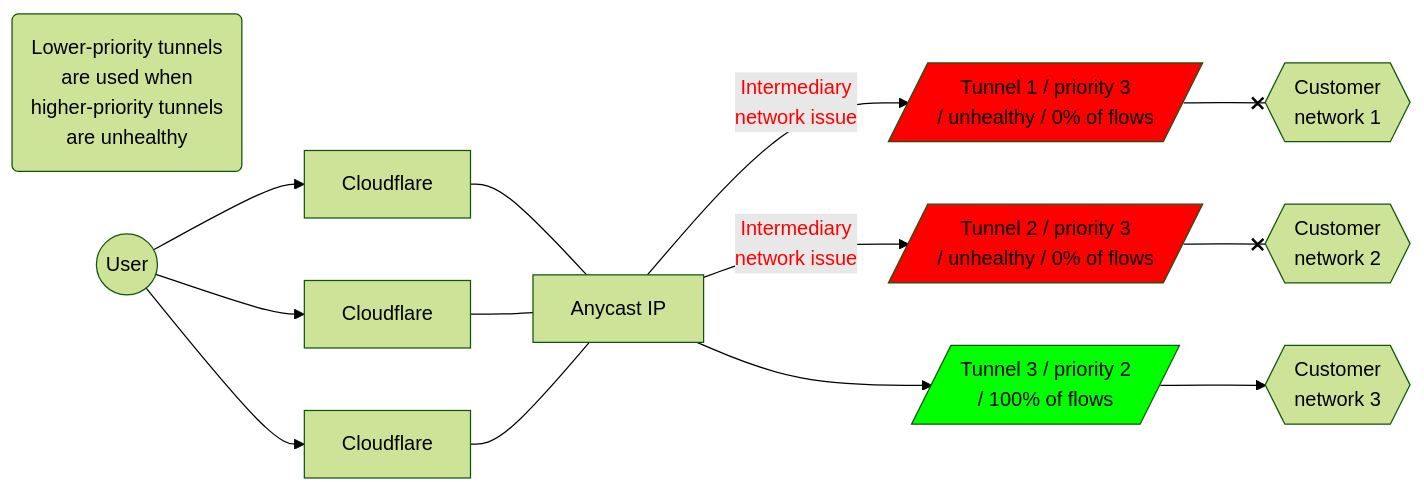
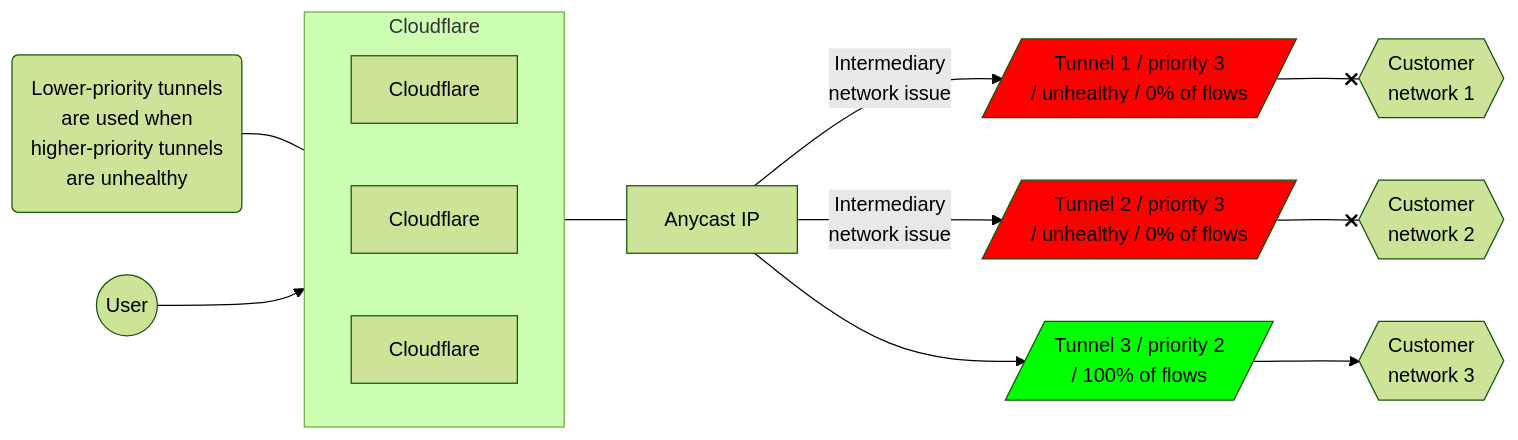
The fourth of 4 diagrams in content/magic-wan/reference/traffic-steering.md (cloudflare/cloudflare-docs), drawn with Mermaid (forest theme) before and after one commit. The commit also changed other lines of this file, not shown here.

Commit message:
corrected charts

````diff
--- a/content/magic-wan/reference/traffic-steering.md
+++ b/content/magic-wan/reference/traffic-steering.md
@@ -93,14 +120,22 @@
 ```mermaid
 flowchart LR
 accTitle: Tunnels diagram
 accDescr: This example has Tunnel 1 and 2 unhealthy, and all traffic prioritized to Tunnel 3.
+
+subgraph Cloudflare
+direction LR
+B[Cloudflare]
+C[Cloudflare]
+D[Cloudflare]
+end
+
+Z(Lower-priority tunnels <br> are used when <br> higher-priority tunnels <br> are unhealthy) --- Cloudflare
+A((User)) --> Cloudflare --- E[Anycast IP]
+E[Anycast IP]  -- Intermediary <br> network issue -->  F[/Tunnel 1 / priority 3 <br> / unhealthy / 0% of flows/]:::red --x I{{Customer <br> network 1}}
+E[Anycast IP]  -- Intermediary <br> network issue -->  G[/Tunnel 2 / priority 3 <br> / unhealthy / 0% of flows/]:::red --x J{{Customer <br> network 2}}
+E[Anycast IP] -->  H[/Tunnel 3 / priority 2 <br> / 100% of flows/]:::green --> K{{Customer <br> network 3}}
 classDef red fill:#FF0000
 classDef green fill:#00FF00
-D(Lower-priority tunnels <br> are used when <br> higher-priority tunnels <br> are unhealthy)
-A((User)) --> B[Cloudflare] & x[Cloudflare] & z[Cloudflare] --- C[Anycast IP]
-C[Anycast IP]  -- Intermediary <br> network issue -->  E[/Tunnel 1 / priority 3 <br> / unhealthy / 0% of flows/]:::red --x H{{Customer <br> network 1}}
-C[Anycast IP]  -- Intermediary <br> network issue -->  F[/Tunnel 2 / priority 3 <br> / unhealthy / 0% of flows/]:::red --x I{{Customer <br> network 2}}
-C[Anycast IP] -->  G[/Tunnel 3 / priority 2 <br> / 100% of flows/]:::green --> J{{Customer <br> network 3}}
 linkStyle 6 color:red
 linkStyle 8 color:red
 ```
````
